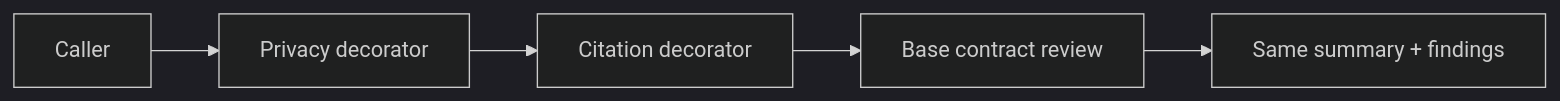
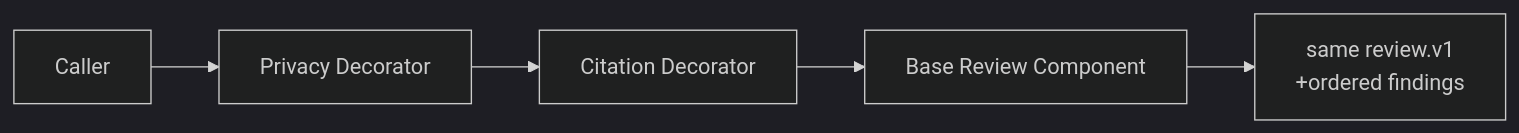
The diagram in patterns/decorator/README.md (MetaInFLow/skillware-patterns), drawn with Mermaid (dark theme) before and after one commit. The commit also changed other lines of this file and 12 other files, not shown here.

````diff
--- a/patterns/decorator/README.md
+++ b/patterns/decorator/README.md
@@ -32,7 +23,7 @@
 ```mermaid
 flowchart LR
-    C[Caller] --> P[Privacy decorator]
-    P --> Q[Citation decorator]
-    Q --> B[Base contract review]
-    B --> O[Same summary + findings]
+    C[Caller] --> P[Privacy Decorator]
+    P --> Q[Citation Decorator]
+    Q --> B[Base Review Component]
+    B --> O[same review.v1\n+ordered findings]
 ```
````
